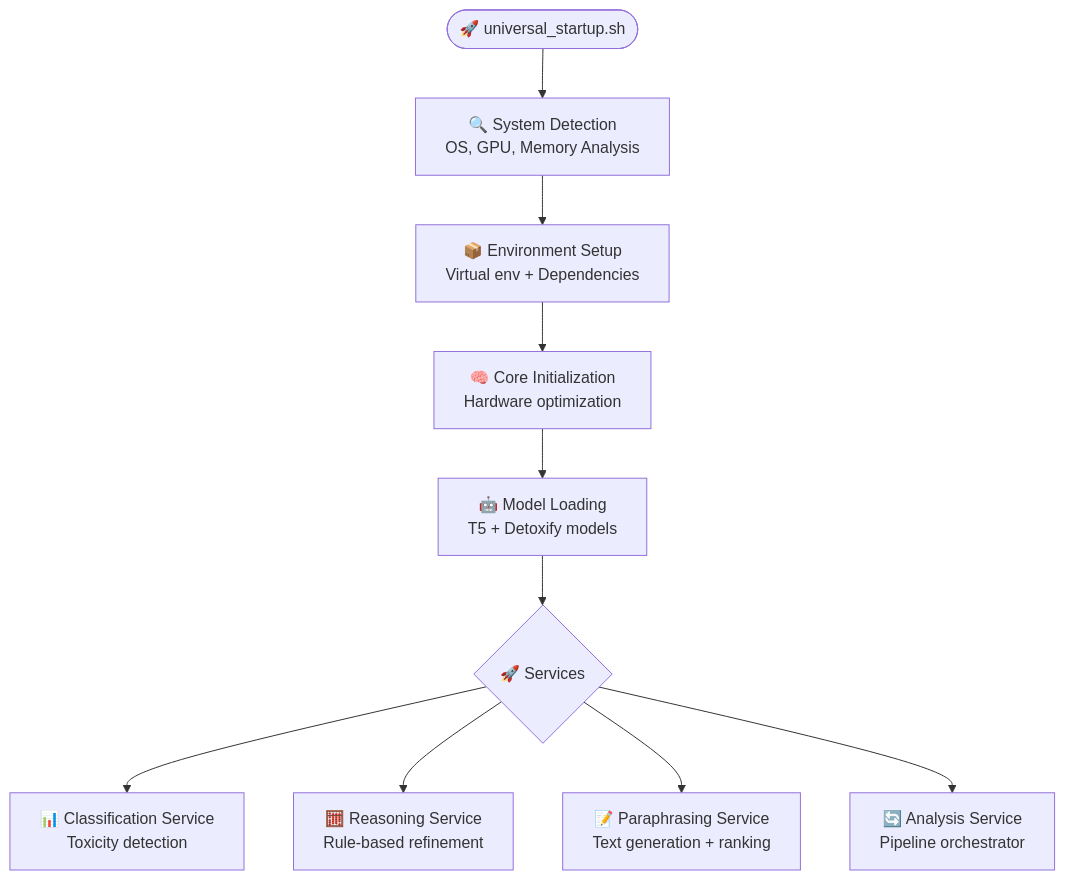
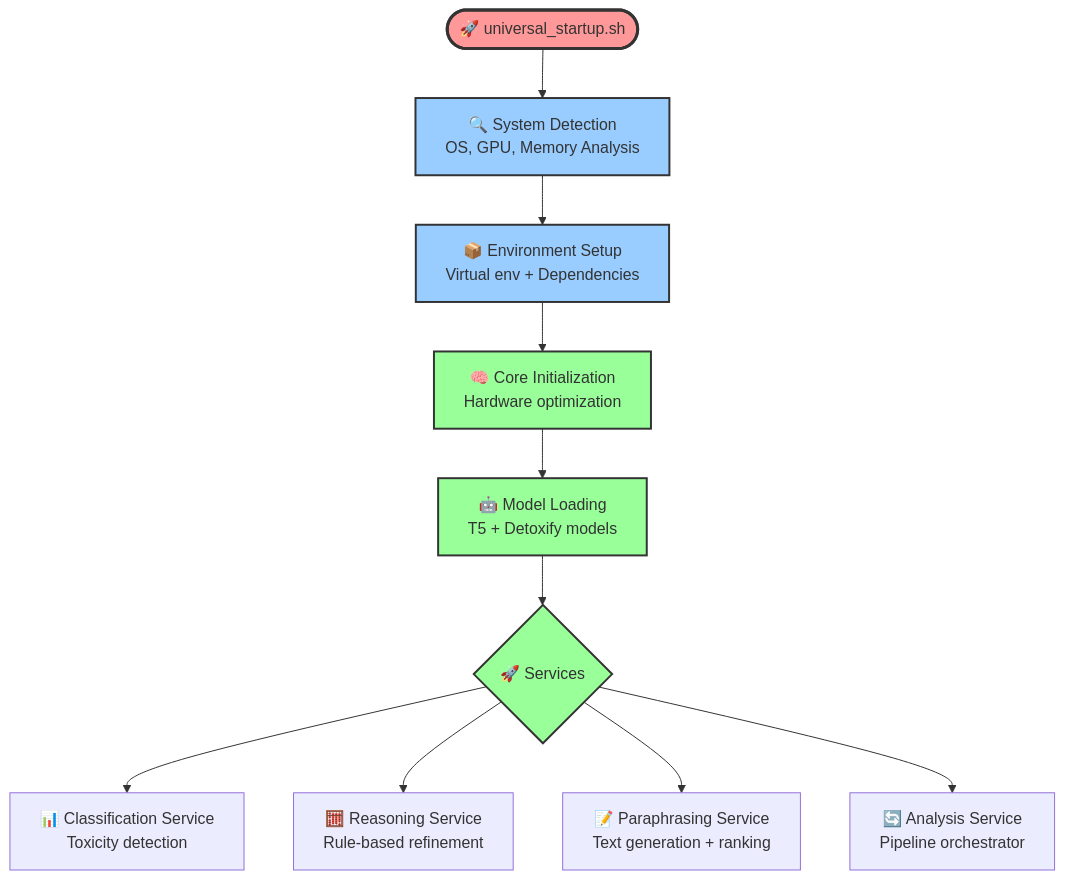
The first of 2 diagrams in AI/README.MD (AntonioRinaldidev/toxic-radar), drawn with Mermaid before and after one commit. The commit also changed other lines of this file, not shown here.

````diff
--- a/AI/README.MD
+++ b/AI/README.MD
@@ -79,13 +79,20 @@
 ```mermaid
 flowchart TD
     Start([🚀 universal_startup.sh]) --> SystemDetect[🔍 System Detection<br/>OS, GPU, Memory Analysis]
     SystemDetect --> VenvSetup[📦 Environment Setup<br/>Virtual env + Dependencies]
     VenvSetup --> CoreInit[🧠 Core Initialization<br/>Hardware optimization]
     CoreInit --> ModelLoad[🤖 Model Loading<br/>T5 + Detoxify models]
     ModelLoad --> Services{🚀 Services}
     
     Services --> Classifier[📊 Classification Service<br/>Toxicity detection]
     Services --> Reasoning[🧮 Reasoning Service<br/>Rule-based refinement]
     Services --> Paraphrasing[📝 Paraphrasing Service<br/>Text generation + ranking]
     Services --> Analysis[🔄 Analysis Service<br/>Pipeline orchestrator]
+    style Start  fill:#ff9999,stroke:#333,stroke-width:3px
+    style SystemDetect fill:#99ccff,stroke:#333,stroke-width:2px
+    style VenvSetup fill:#99ccff,stroke:#333,stroke-width:2px
+    style CoreInit fill:#99ff99,stroke:#333,stroke-width:2px
+    style ModelLoad fill:#99ff99,stroke:#333,stroke-width:2px
+    style Services fill:#99ff99,stroke:#333,stroke-width:2px
+    
 ```
````
